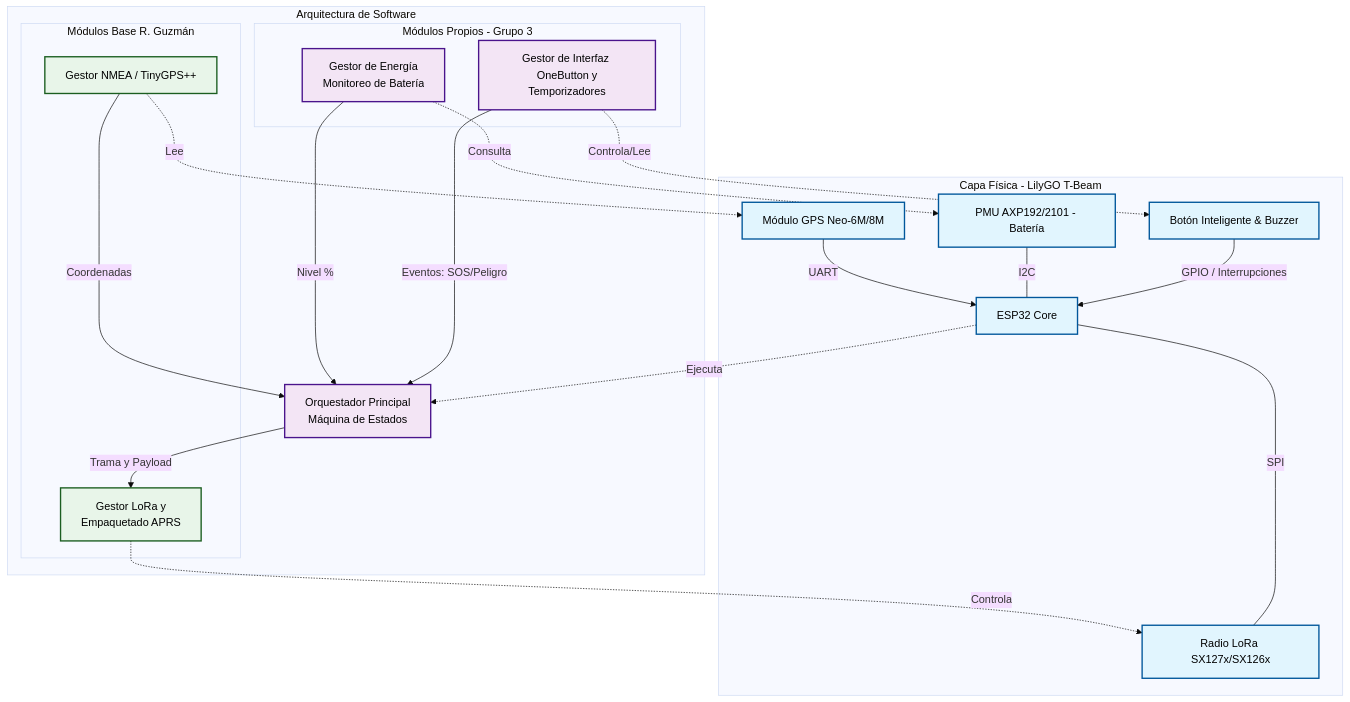
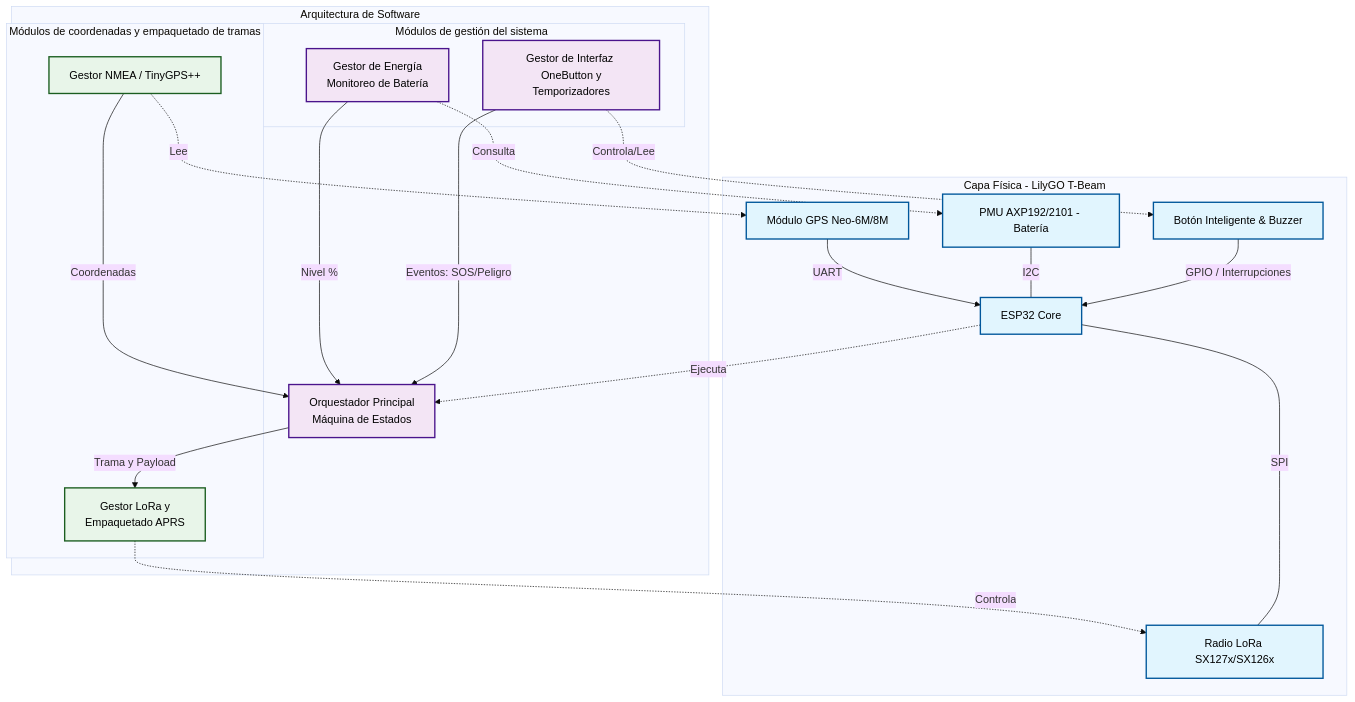
One commit to SnowRainicorn/Taller-Integrador changed the second of 2 diagrams in README.md. Above: the diagram before and after it, drawn with Mermaid (base theme).

Commit message:
Update README.md
Se finaliza el diagrama de bloques del Firmaware por implementar. Con esto se finaliza el issue de arquitectura

````diff
--- a/README.md
+++ b/README.md
@@ -77,52 +77,52 @@
 ```mermaid
   flowchart TD
     %% Definición de Estilos
     classDef hardware fill:#e1f5fe,stroke:#01579b,stroke-width:2px,color:#000
     classDef software fill:#f3e5f5,stroke:#4a148c,stroke-width:2px,color:#000
     classDef baseCode fill:#e8f5e9,stroke:#1b5e20,stroke-width:2px,color:#000
 
     %% Capa de Hardware
     subgraph Hardware [Capa Física - LilyGO T-Beam]
         MCU[ESP32 Core]:::hardware
         GPS[Módulo GPS Neo-6M/8M]:::hardware
         LORA[Radio LoRa SX127x/SX126x]:::hardware
         AXP[PMU AXP192/2101 - Batería]:::hardware
         IO[Botón Inteligente & Buzzer]:::hardware
         
         GPS -- UART --> MCU
         LORA -- SPI --- MCU
         AXP -- I2C --- MCU
         IO -- GPIO / Interrupciones --> MCU
     end
 
     %% Capa de Firmware
     subgraph Firmware [Arquitectura de Software]
         MAIN[Orquestador Principal \n Máquina de Estados]:::software
         
-        %% Módulos base
-        subgraph Base [Módulos Base R. Guzmán]
+        %% Ubicación 
+        subgraph Base [Módulos de coordenadas y empaquetado de tramas]
             GPS_PARSER[Gestor NMEA / TinyGPS++]:::baseCode
             LORA_APRS[Gestor LoRa y \n Empaquetado APRS]:::baseCode
         end
         
-        %% Módulos propios
-        subgraph Propios [Módulos Propios - Grupo 3]
+        %% Gestión
+        subgraph Propios [Módulos de gestión del sistema]
             POWER_MGR[Gestor de Energía \n Monitoreo de Batería]:::software
             UI_MGR[Gestor de Interfaz \n OneButton y Temporizadores]:::software
         end
         
         %% Conexiones de Software
         GPS_PARSER -->|Coordenadas| MAIN
         POWER_MGR -->|Nivel %| MAIN
         UI_MGR -->|Eventos: SOS/Peligro| MAIN
         
         MAIN -->|Trama y Payload| LORA_APRS
     end
 
     %% Relación Hardware - Software
     MCU -. Ejecuta .-> MAIN
     LORA_APRS -. Controla .-> LORA
     GPS_PARSER -. Lee .-> GPS
     POWER_MGR -. Consulta .-> AXP
     UI_MGR -. Controla/Lee .-> IO
 ```
````
